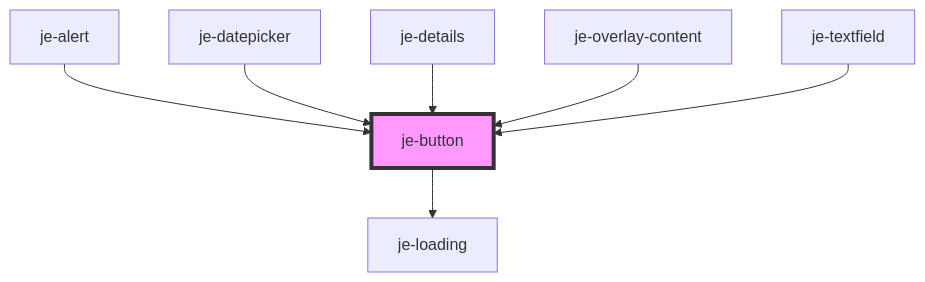
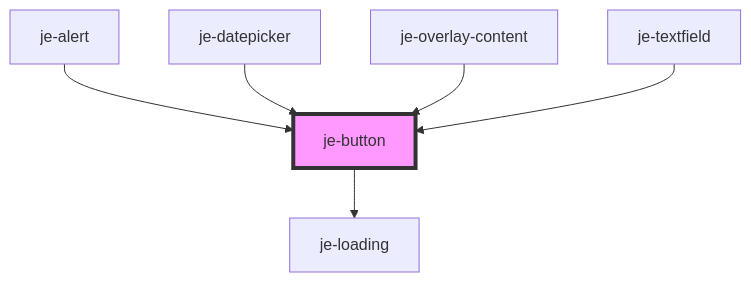
One commit to pgreen00/jebamo changed the diagram in packages/core/src/docs/components/je-button/readme.md. Above: the diagram before and after it, drawn with Mermaid. The commit also changed other lines of this file and 19 other files, not shown here.

````diff
--- a/packages/core/src/docs/components/je-button/readme.md
+++ b/packages/core/src/docs/components/je-button/readme.md
@@ -57,10 +56,9 @@
 ```mermaid
 graph TD;
   je-button --> je-loading
   je-alert --> je-button
   je-datepicker --> je-button
-  je-details --> je-button
   je-overlay-content --> je-button
   je-textfield --> je-button
   style je-button fill:#f9f,stroke:#333,stroke-width:4px
 ```
````
